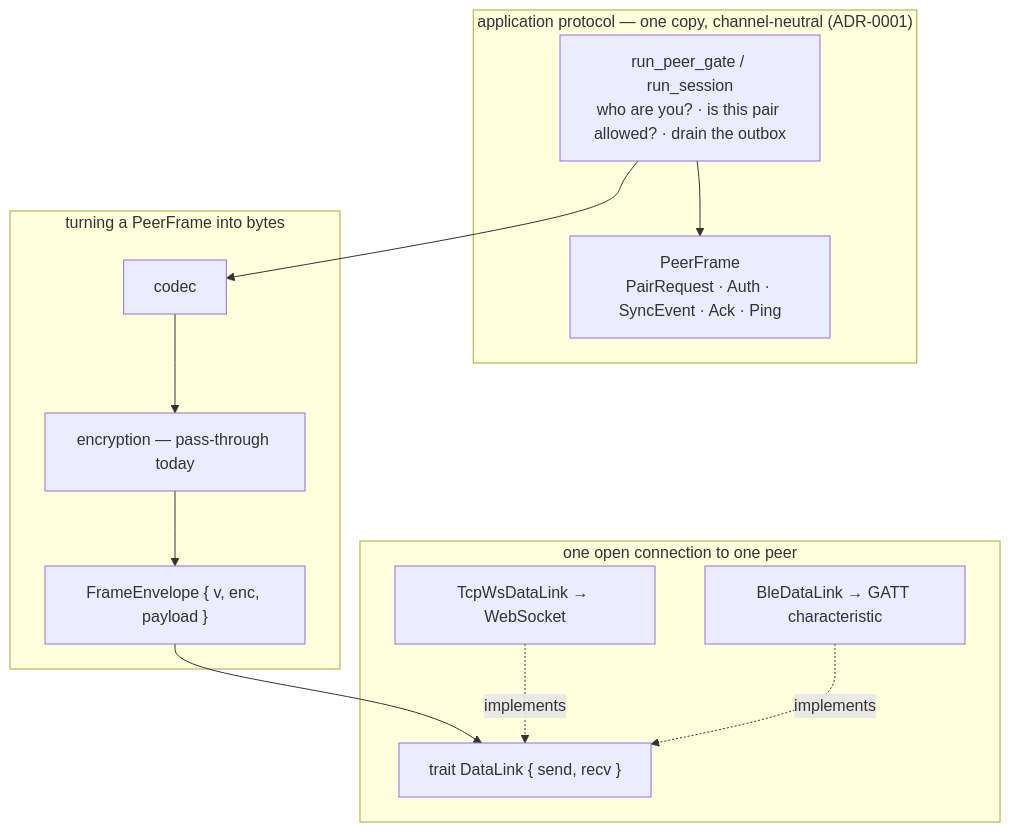
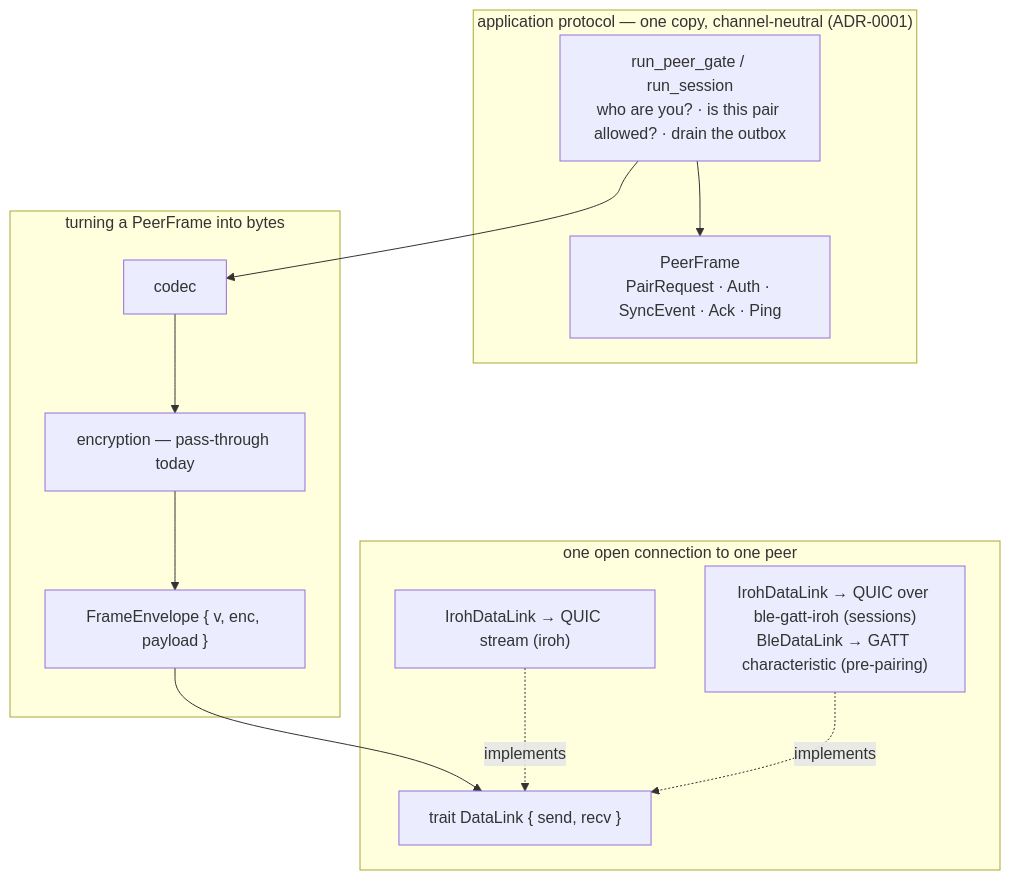
One commit to VRuzhentsov/fini changed the first of 4 diagrams in src-tauri/src/services/communication/README.md. Above: the diagram before and after it, drawn with Mermaid. The commit also changed other lines of this file and 59 other files, not shown here.

First line of the commit message:
iroh communication stack: ADR-0009, AGPL licence, tauri-plugin-ble-gatt, network and Bluetooth over iroh (#188)

````diff
--- a/src-tauri/src/services/communication/README.md
+++ b/src-tauri/src/services/communication/README.md
@@ -18,25 +18,25 @@
 ```mermaid
 graph TD
     subgraph APP["application protocol — one copy, channel-neutral (ADR-0001)"]
         ENG["run_peer_gate / run_session<br/>who are you? · is this pair allowed? · drain the outbox"]
         PF["PeerFrame<br/>PairRequest · Auth · SyncEvent · Ack · Ping"]
     end
 
     subgraph WIRE["turning a PeerFrame into bytes"]
         CO["codec"]
         EN["encryption — pass-through today"]
         EV["FrameEnvelope { v, enc, payload }"]
     end
 
     subgraph LINKS["one open connection to one peer"]
         L["trait DataLink { send, recv }"]
-        T1["TcpWsDataLink → WebSocket"]
-        T2["BleDataLink → GATT characteristic"]
+        T1["IrohDataLink → QUIC stream (iroh)"]
+        T2["IrohDataLink → QUIC over ble-gatt-iroh (sessions)<br/>BleDataLink → GATT characteristic (pre-pairing)"]
     end
 
     ENG --> PF
     ENG --> CO --> EN --> EV
     EV --> L
     T1 -.implements.-> L
     T2 -.implements.-> L
 ```
````
